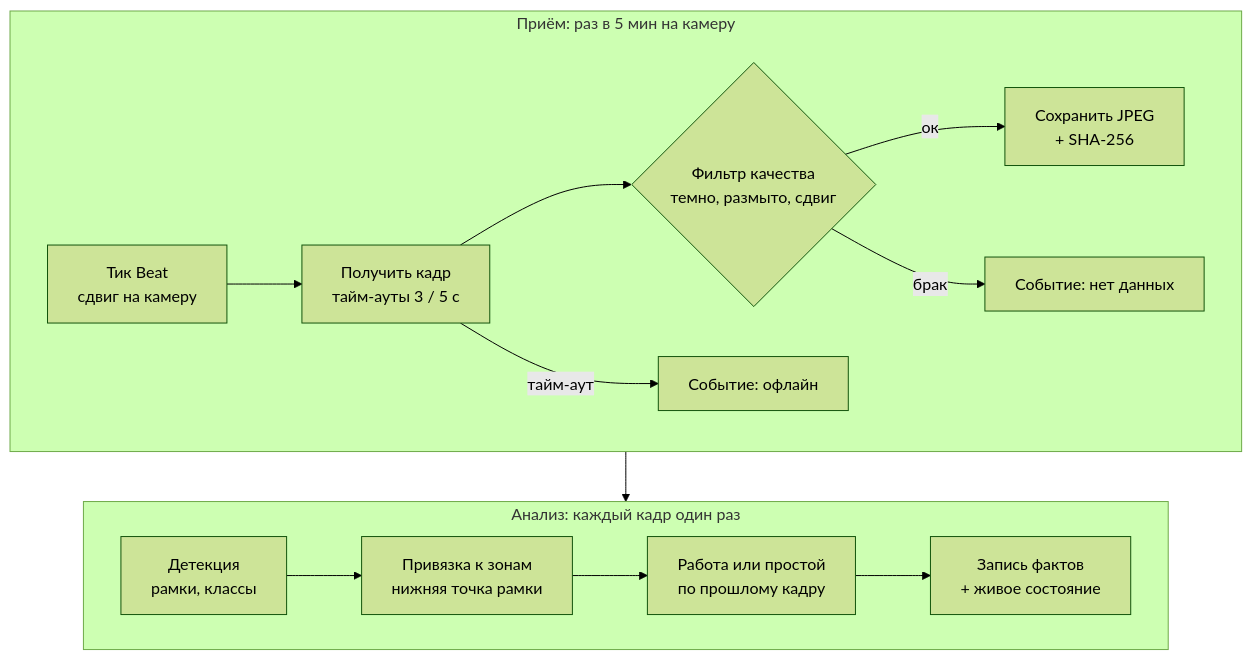
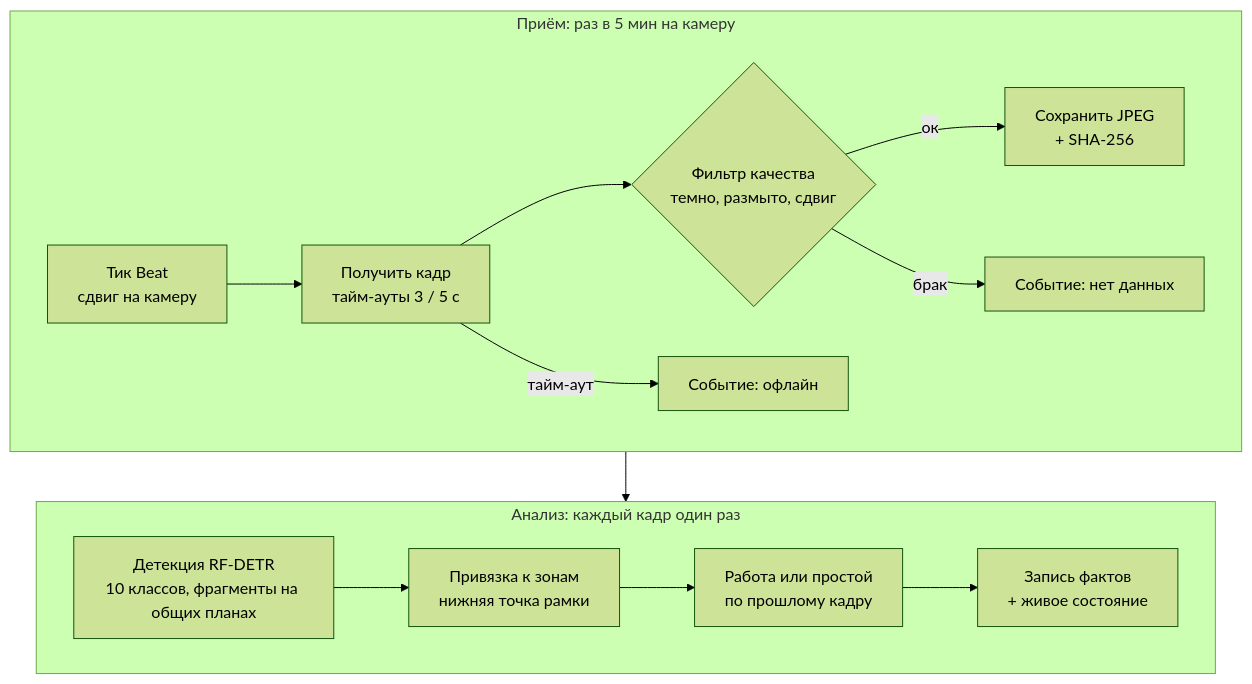
The second of 3 diagrams in backend/readme.md (Antonoof/Intelligent-construction-site-monitoring-system), drawn with Mermaid (forest theme) before and after one commit. The commit also changed other lines of this file and 4 other files, not shown here.

````diff
--- a/backend/readme.md
+++ b/backend/readme.md
@@ -85,18 +86,18 @@
 ```mermaid
 flowchart TD
     subgraph ING["Приём: раз в 5 мин на камеру"]
         direction LR
         T["Тик Beat<br/>сдвиг на камеру"] --> F["Получить кадр<br/>тайм-ауты 3 / 5 с"]
         F --> QG{"Фильтр качества<br/>темно, размыто, сдвиг"}
         QG -->|ок| S["Сохранить JPEG<br/>+ SHA-256"]
         F -->|тайм-аут| OFF["Событие: офлайн"]
         QG -->|брак| ND["Событие: нет данных"]
     end
     subgraph ANA["Анализ: каждый кадр один раз"]
         direction LR
-        D["Детекция<br/>рамки, классы"] --> Z["Привязка к зонам<br/>нижняя точка рамки"]
+        D["Детекция RF-DETR<br/>10 классов, фрагменты на общих планах"] --> Z["Привязка к зонам<br/>нижняя точка рамки"]
         Z --> A["Работа или простой<br/>по прошлому кадру"]
         A --> W["Запись фактов<br/>+ живое состояние"]
     end
     ING --> ANA
 ```
````
